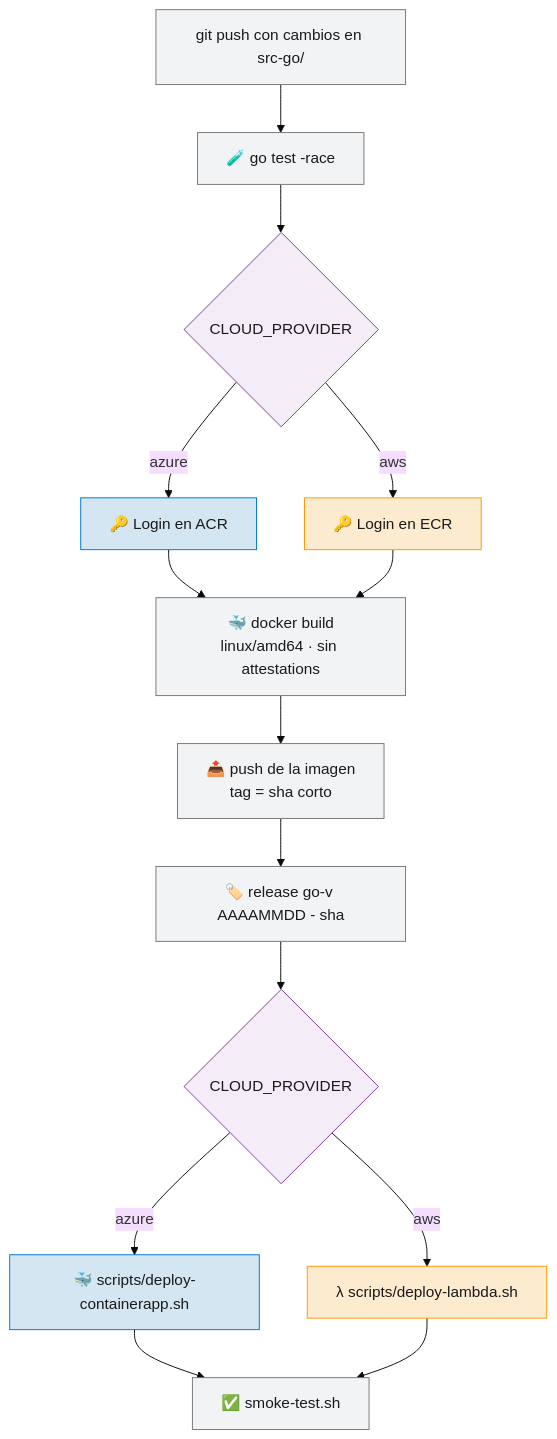
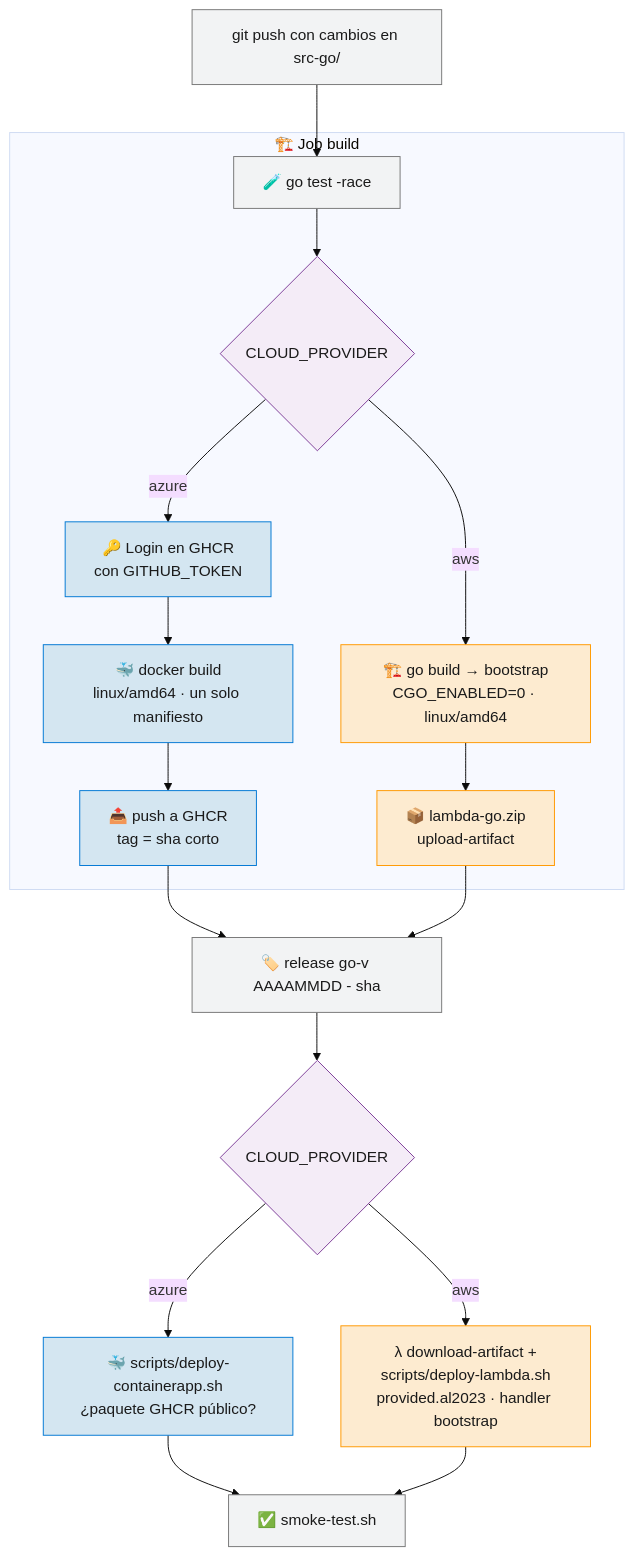
The third of 7 diagrams in doc/05-Pipeline-CD-Despliegue.md (yembertQC/Reto_Platform-Enginner_ED-Team), drawn with Mermaid (base theme) before and after one commit. The commit also changed other lines of this file and 28 other files, not shown here.

````diff
--- a/doc/05-Pipeline-CD-Despliegue.md
+++ b/doc/05-Pipeline-CD-Despliegue.md
@@ -74,26 +76,30 @@
 ```mermaid
 flowchart TB
     START["git push con cambios en src-go/"] --> T["🧪 go test -race"]
-    T --> V{"CLOUD_PROVIDER"}
 
-    V -->|"azure"| Z1["🔑 Login en ACR"]
-    V -->|"aws"| A1["🔑 Login en ECR"]
-    Z1 --> BLD["🐳 docker build<br/>linux/amd64 · sin attestations"]
-    A1 --> BLD
-    BLD --> PUSH["📤 push de la imagen<br/>tag = sha corto"]
-    PUSH --> REL["🏷️ release go-v AAAAMMDD - sha"]
+    subgraph BUILD["🏗️ Job build"]
+        T --> V{"CLOUD_PROVIDER"}
+        V -->|"azure"| Z1["🔑 Login en GHCR<br/>con GITHUB_TOKEN"]
+        Z1 --> Z2["🐳 docker build<br/>linux/amd64 · un solo manifiesto"]
+        Z2 --> Z3["📤 push a GHCR<br/>tag = sha corto"]
+        V -->|"aws"| A1["🏗️ go build → bootstrap<br/>CGO_ENABLED=0 · linux/amd64"]
+        A1 --> A2["📦 lambda-go.zip<br/>upload-artifact"]
+    end
+
+    Z3 --> REL["🏷️ release go-v AAAAMMDD - sha"]
+    A2 --> REL
     REL --> D{"CLOUD_PROVIDER"}
-    D -->|"azure"| DZ["🐳 scripts/deploy-containerapp.sh"]
-    D -->|"aws"| DA["λ scripts/deploy-lambda.sh"]
+    D -->|"azure"| DZ["🐳 scripts/deploy-containerapp.sh<br/>¿paquete GHCR público?"]
+    D -->|"aws"| DA["λ download-artifact +<br/>scripts/deploy-lambda.sh<br/>provided.al2023 · handler bootstrap"]
     DZ --> SM["✅ smoke-test.sh"]
     DA --> SM
 
     classDef azure fill:#D4E6F1,stroke:#0078D4,color:#1a1a1a
     classDef aws fill:#FDEBD0,stroke:#FF9900,color:#1a1a1a
     classDef common fill:#F2F3F4,stroke:#777,color:#1a1a1a
     classDef dec fill:#F4ECF7,stroke:#7D3C98,color:#1a1a1a
-    class Z1,DZ azure
-    class A1,DA aws
-    class START,T,BLD,PUSH,REL,SM common
+    class Z1,Z2,Z3,DZ azure
+    class A1,A2,DA aws
+    class START,T,REL,SM common
     class V,D dec
 ```
````
